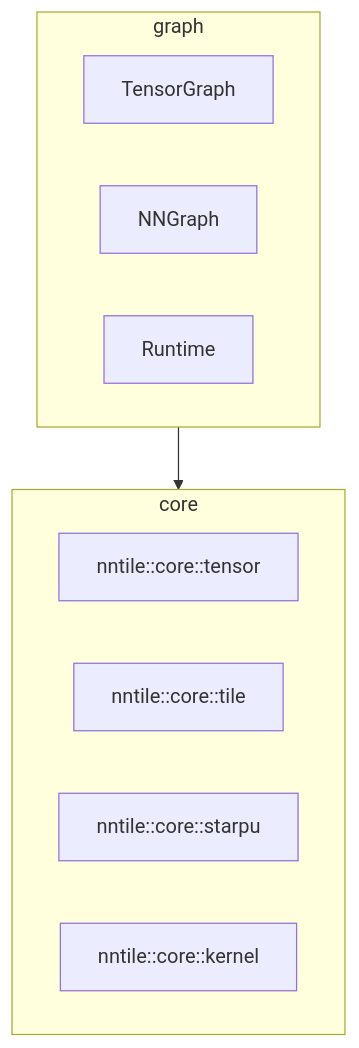
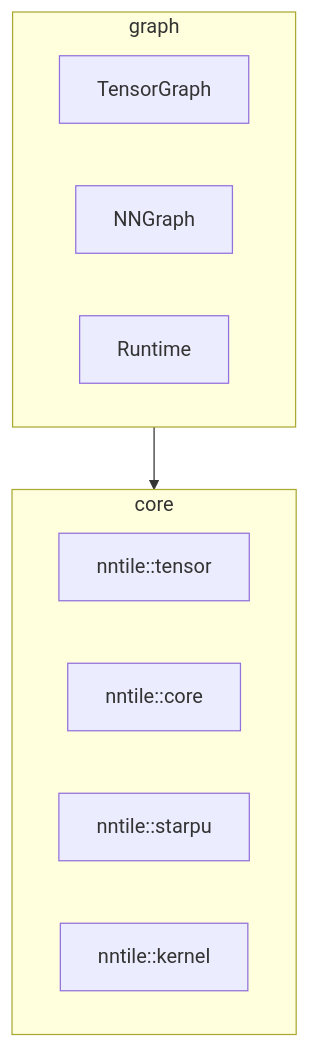
Before and after one commit to nntile/nntile: the diagram in docs/cpp/README.md, drawn with Mermaid. The commit also changed other lines of this file and 3974 other files, not shown here.

````diff
--- a/docs/cpp/README.md
+++ b/docs/cpp/README.md
@@ -15,15 +15,15 @@
 ```mermaid
 flowchart TB
   subgraph graph_pkg [graph]
     TG[TensorGraph]
     NN[NNGraph]
     RT[Runtime]
   end
   subgraph core_pkg [core]
-    Tensor[nntile::core::tensor]
-    Tile[nntile::core::tile]
-    StarPU[nntile::core::starpu]
-    Kernel[nntile::core::kernel]
+    Tensor[nntile::tensor]
+    Tile[nntile::core]
+    StarPU[nntile::starpu]
+    Kernel[nntile::kernel]
   end
   graph_pkg --> core_pkg
 ```
````
